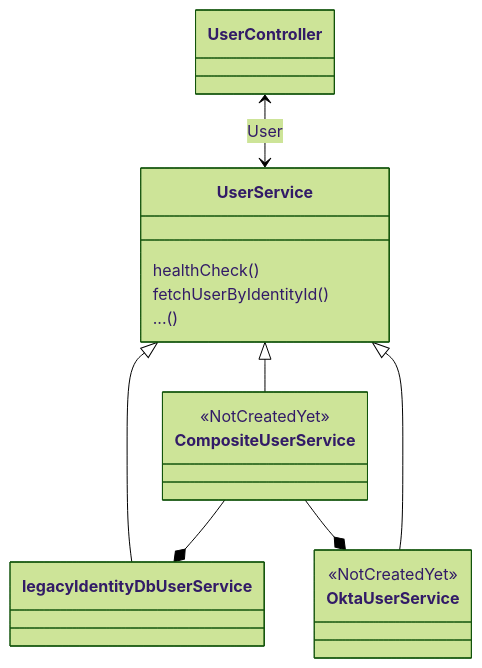
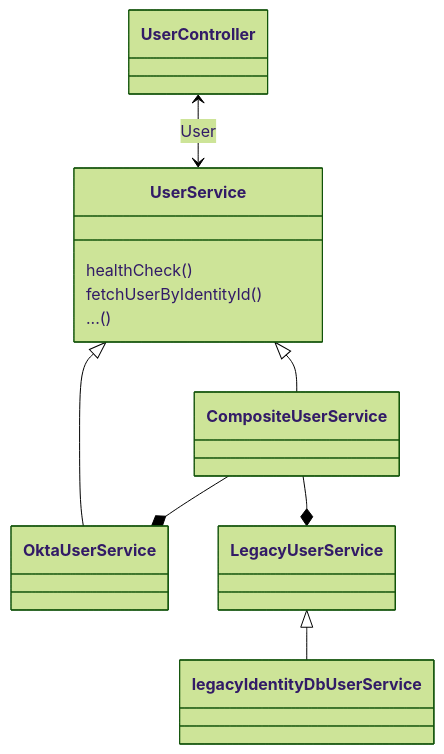
Before and after one commit to guardian/gatehouse: the diagram in README.md, drawn with Mermaid (forest theme). The commit also changed 21 other files, not shown here.

First line of the commit message:
Fetch User primarily from Okta

````diff
--- a/README.md
+++ b/README.md
@@ -12,19 +12,20 @@
 ```mermaid
 classDiagram
     class UserController
     class UserService
+    class CompositeUserService
+    class OktaUserService
+    class LegacyUserService
     class legacyIdentityDbUserService
-    class OktaUserService
-    <<NotCreatedYet>> OktaUserService
-    class CompositeUserService
-    <<NotCreatedYet>> CompositeUserService
+
     UserController <--> UserService: User
-    UserService <|-- legacyIdentityDbUserService
     UserService <|-- CompositeUserService
     UserService <|-- OktaUserService
+    LegacyUserService <|-- legacyIdentityDbUserService
+    CompositeUserService --* OktaUserService
+    CompositeUserService --* LegacyUserService
+
     UserService: healthCheck()
     UserService: fetchUserByIdentityId()
     UserService: ...()
-    CompositeUserService --* legacyIdentityDbUserService
-    CompositeUserService --* OktaUserService
 ```
````
